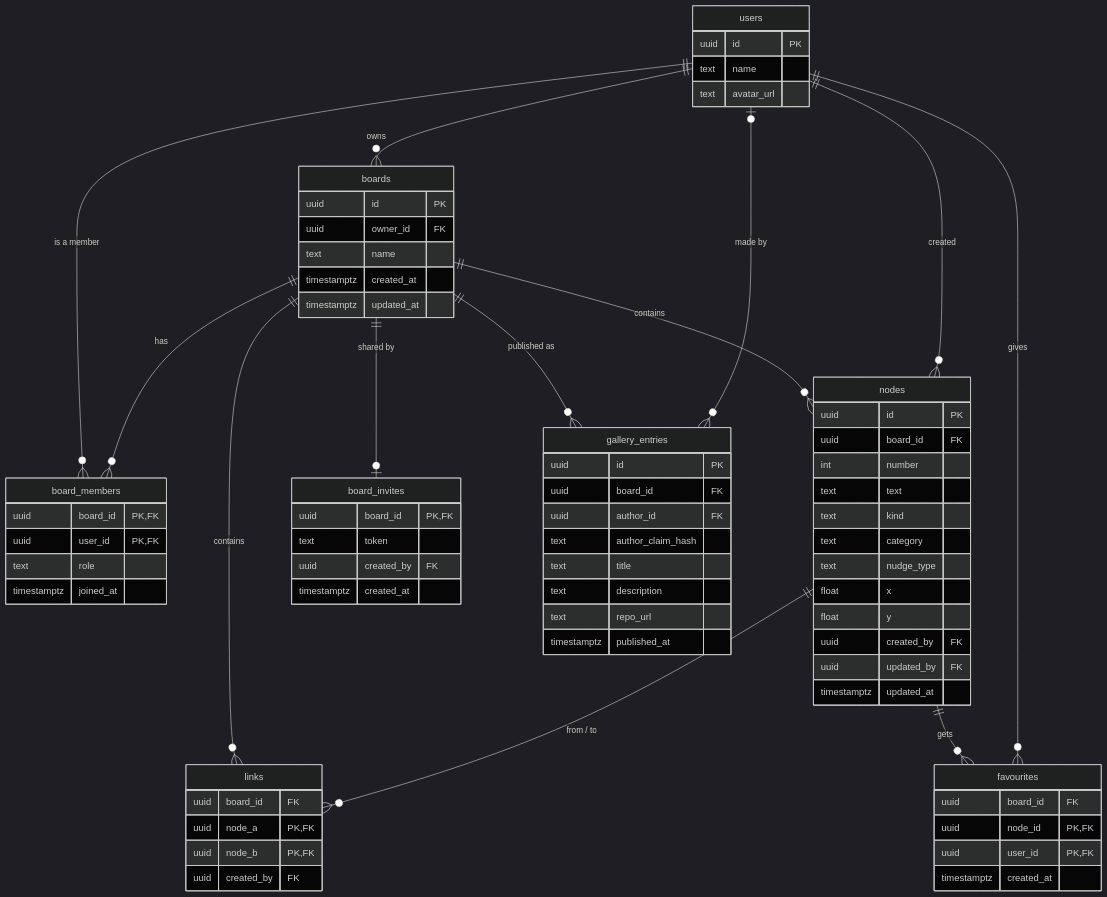
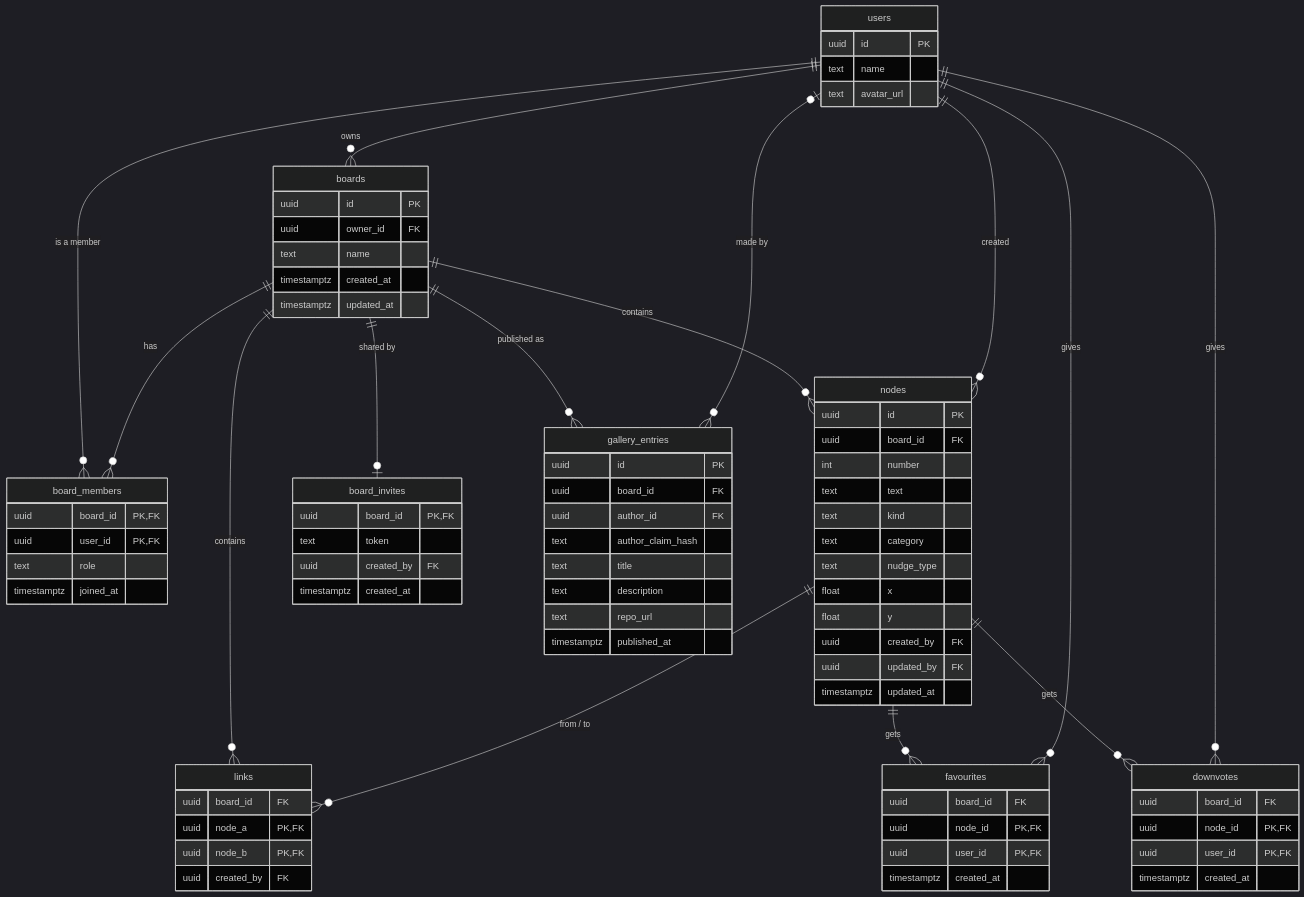
One commit to jtbinith/floppy-thoughts changed the diagram in docs/database.md. Above: the diagram before and after it, drawn with Mermaid (dark theme). The commit also changed other lines of this file, not shown here.

Commit message:
Database doc: down-votes

```diff
--- a/docs/database.md
+++ b/docs/database.md
@@ -30,6 +31,8 @@
   nodes ||--o{ links : "from / to"
   nodes ||--o{ favourites : gets
   users ||--o{ favourites : gives
+  nodes ||--o{ downvotes : gets
+  users ||--o{ downvotes : gives
   boards ||--o| board_invites : "shared by"
   users ||--o{ nodes : "created"
   boards ||--o{ gallery_entries : "published as"
@@ -79,6 +82,12 @@
     uuid user_id PK, FK
     timestamptz created_at
   }
+  downvotes {
+    uuid board_id FK
+    uuid node_id PK, FK
+    uuid user_id PK, FK
+    timestamptz created_at
+  }
   board_invites {
     uuid board_id PK, FK
     text token
```
